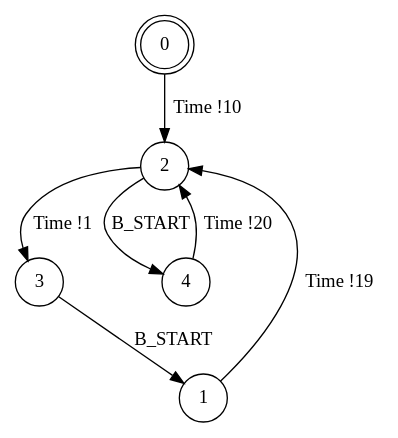
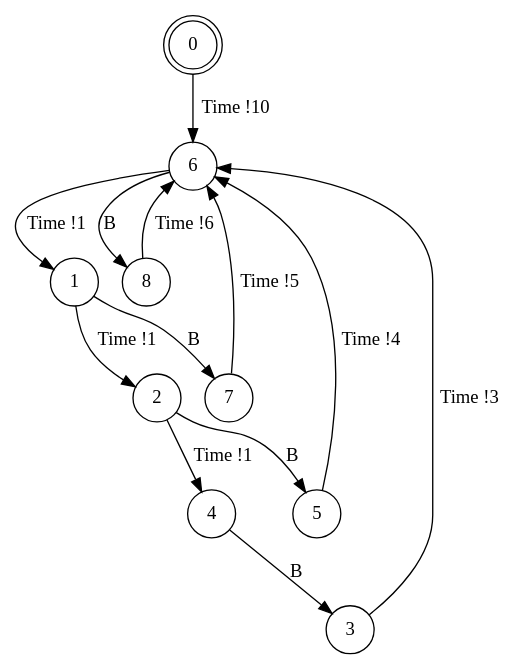
The diagram in experiments/simple-B-min.dot (irmanfaqrizal/ptsv), drawn with Graphviz before and after one commit. The commit also changed 146 other files, not shown here.

```diff
--- a/experiments/simple-B-min.dot
+++ b/experiments/simple-B-min.dot
@@ -1,12 +1,18 @@
 digraph BCG {
 size = "7, 10.5";
 center = TRUE;
 node [shape = circle];
 0 [peripheries = 2];
-0 -> 2 [label = "Time !10"];
-1 -> 2 [label = "Time !19"];
-2 -> 3 [label = "Time !1"];
-2 -> 4 [label = "B_START"];
-3 -> 1 [label = "B_START"];
-4 -> 2 [label = "Time !20"];
+0 -> 6 [label = "Time !10"];
+1 -> 7 [label = "B"];
+1 -> 2 [label = "Time !1"];
+2 -> 4 [label = "Time !1"];
+2 -> 5 [label = "B"];
+3 -> 6 [label = "Time !3"];
+4 -> 3 [label = "B"];
+5 -> 6 [label = "Time !4"];
+6 -> 8 [label = "B"];
+6 -> 1 [label = "Time !1"];
+7 -> 6 [label = "Time !5"];
+8 -> 6 [label = "Time !6"];
 }
```
